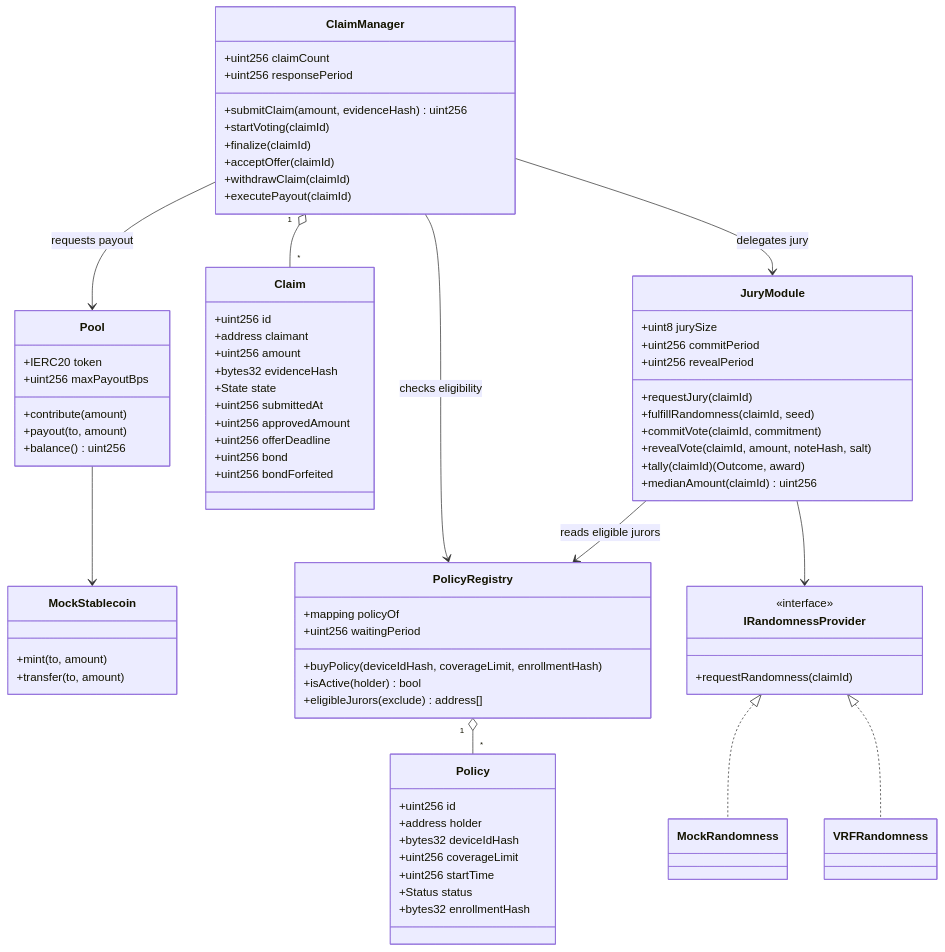
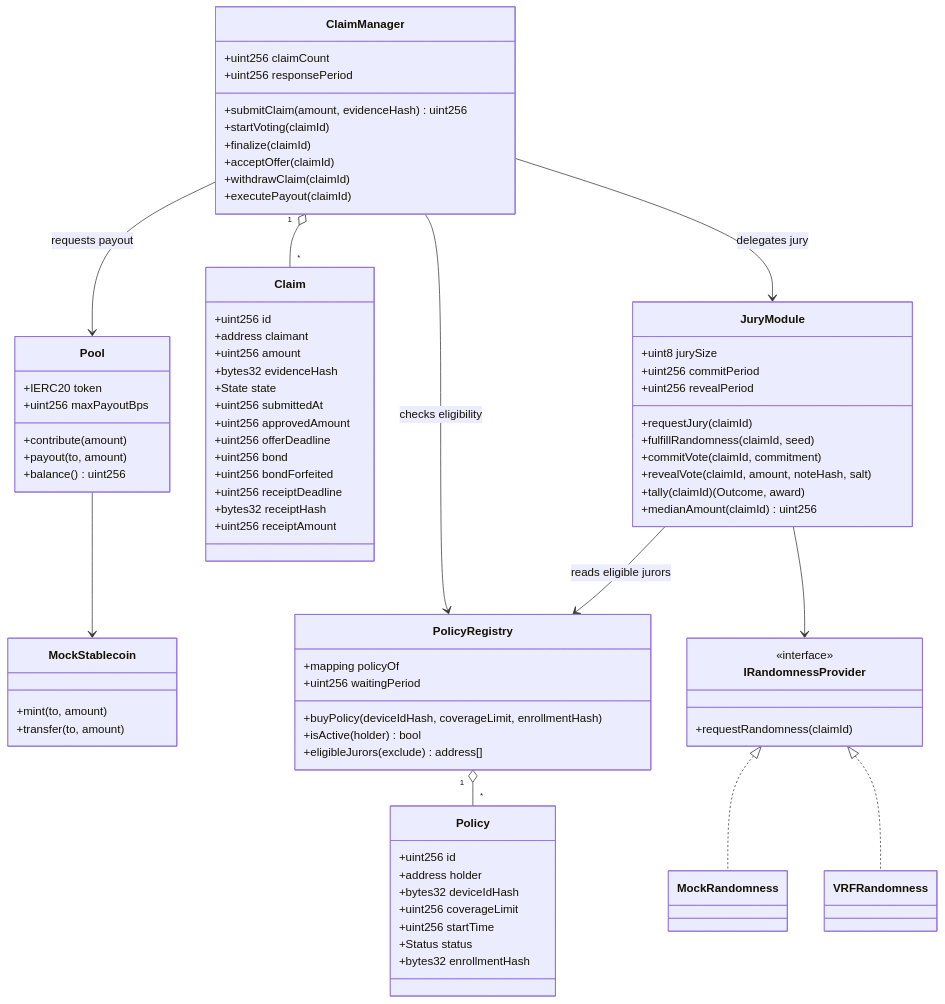
One commit to StephanieNgu/trust-pool changed the second of 5 diagrams in docs/design-doc.md. Above: the diagram before and after it, drawn with Mermaid. The commit also changed other lines of this file and 27 other files, not shown here.

```diff
--- a/docs/design-doc.md
+++ b/docs/design-doc.md
@@ -120,6 +120,9 @@
         +uint256 offerDeadline
         +uint256 bond
         +uint256 bondForfeited
+        +uint256 receiptDeadline
+        +bytes32 receiptHash
+        +uint256 receiptAmount
     }
 
     class JuryModule {
```
